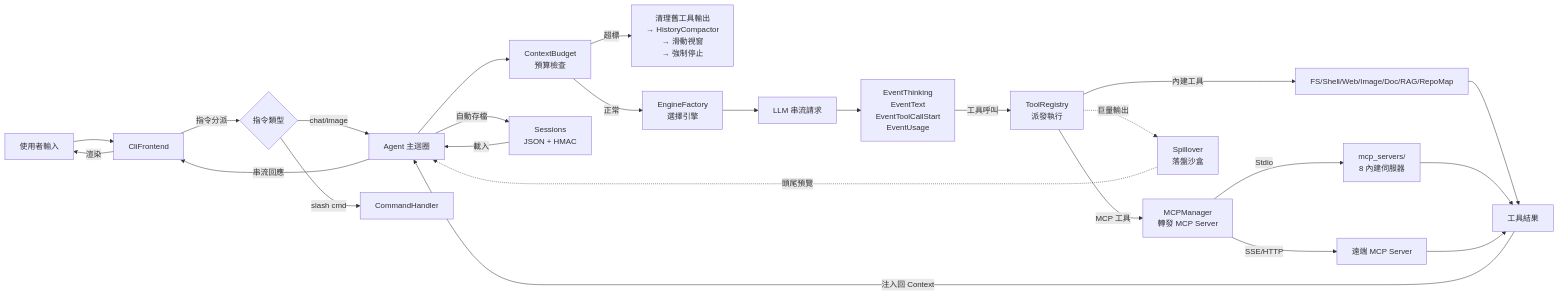
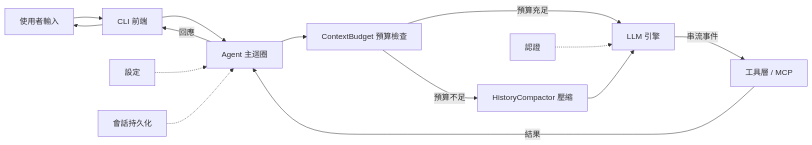
Before and after one commit to zanta0529/pocket-agent: the second of 3 diagrams in docs/architecture/architecture-generated.md, drawn with Mermaid. The commit also changed other lines of this file and 3 other files, not shown here.

````diff
--- a/docs/architecture/architecture-generated.md
+++ b/docs/architecture/architecture-generated.md
@@ -246,37 +245,17 @@
 ```mermaid
 flowchart LR
-    User[使用者輸入] --> CLI[CliFrontend]
-    CLI -->|指令分派| Commands{指令類型}
-    Commands -->|chat/image| Agent[Agent 主迴圈]
-    Commands -->|slash cmd| CmdHandler[CommandHandler]
+    User[使用者輸入] --> CLI[CLI 前端]
+    CLI --> Agent[Agent 主迴圈]
+    Agent --> Budget[ContextBudget 預算檢查]
+    Budget -->|預算充足| Engine[LLM 引擎]
+    Budget -->|預算不足| Compactor[HistoryCompactor 壓縮]
+    Compactor --> Engine
+    Engine -->|串流事件| Tools[工具層 / MCP]
+    Tools -->|結果| Agent
+    Agent -->|回應| CLI
+    CLI --> User
     
-    Agent --> Budget[ContextBudget\n預算檢查]
-    Budget -->|超標| Compact[清理舊工具輸出\n→ HistoryCompactor\n→ 滑動視窗\n→ 強制停止]
-    Budget -->|正常| Engine[EngineFactory\n選擇引擎]
-    
-    Engine --> LLM[LLM 串流請求]
-    LLM --> Events[EventThinking\nEventText\nEventToolCallStart\nEventUsage]
-    
-    Events -->|工具呼叫| ToolRegistry[ToolRegistry\n派發執行]
-    ToolRegistry -->|內建工具| BuiltinTools[FS/Shell/Web/Image/Doc/RAG/RepoMap]
-    ToolRegistry -->|MCP 工具| MCPManager[MCPManager\n轉發 MCP Server]
-    
-    MCPManager -->|Stdio| MCPServers[mcp_servers/\n8 內建伺服器]
-    MCPManager -->|SSE/HTTP| RemoteMCP[遠端 MCP Server]
-    
-    BuiltinTools --> Result[工具結果]
-    MCPServers --> Result
-    RemoteMCP --> Result
-    
-    Result -->|注入回 Context| Agent
-    Agent -->|串流回應| CLI
-    CLI -->|渲染| User
-    
-    %% Spillover path
-    ToolRegistry -.->|巨量輸出| Spillover[Spillover\n落盤沙盒]
-    Spillover -.->|頭尾預覽| Agent
-    
-    %% Session persistence
-    Agent -->|自動存檔| Sessions[Sessions\nJSON + HMAC]
-    Sessions -->|載入| Agent
+    Config[設定] -.-> Agent
+    Auth[認證] -.-> Engine
+    Sessions[會話持久化] -.-> Agent
 ```
````
